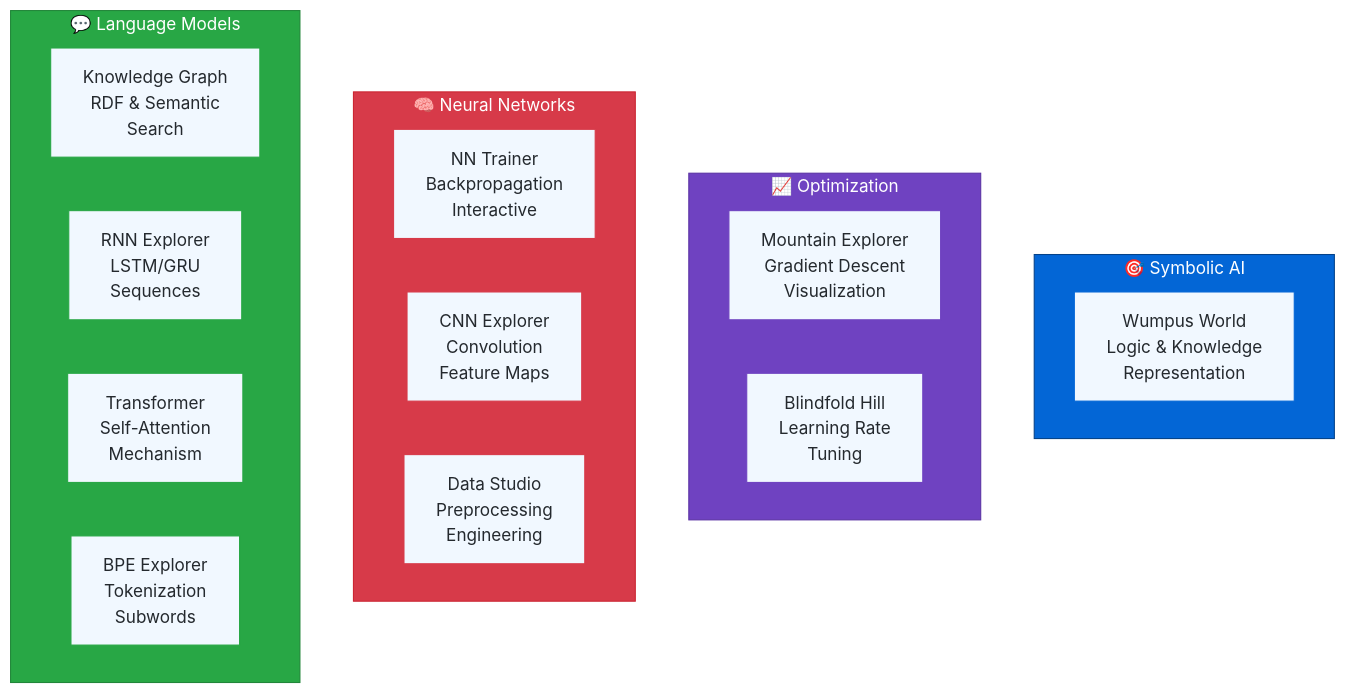
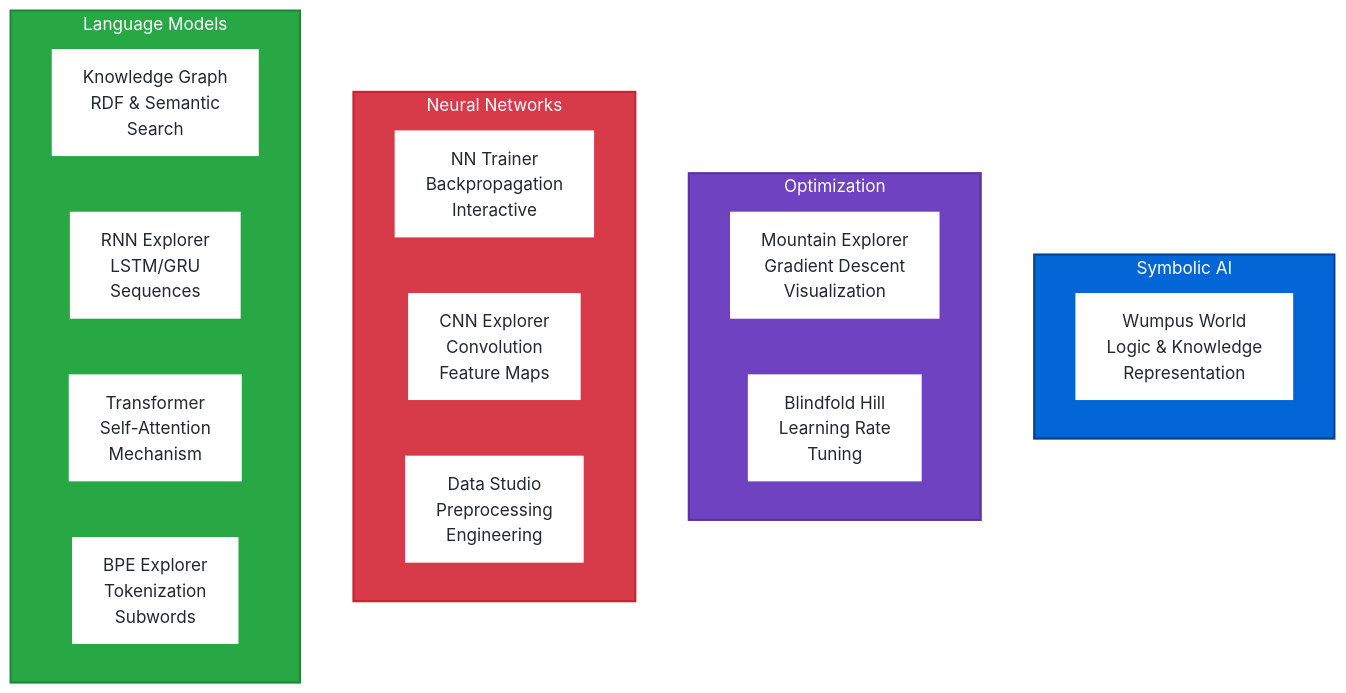
Diagram 12 of 22 in README.md (nexageapps/AI), drawn with Mermaid before and after one commit. The commit also changed other lines of this file and 1 other file, not shown here.

````diff
--- a/README.md
+++ b/README.md
@@ -421,41 +431,43 @@
 ```mermaid
-%%{init: {'theme':'base', 'themeVariables': {'primaryColor':'#0366d6','primaryTextColor':'#fff','primaryBorderColor':'#0366d6'}}}%%
+%%{init: {'theme':'base', 'themeVariables': {'primaryColor':'#0366d6','primaryTextColor':'#fff','primaryBorderColor':'#0366d6','lineColor':'#586069','edgeLabelBackground':'#fafbfc','clusterBkg':'#f6f8fa','clusterBorder':'#d1d5da','defaultLinkColor':'#586069','titleColor':'#24292e','tertiaryColor':'#fafbfc'}}}%%
 graph TB
-    subgraph Symbolic["🎯 Symbolic AI"]
-        S1["Wumpus World<br/>Logic & Knowledge<br/>Representation"]
+    subgraph Symbolic[Symbolic AI]
+        S1[Wumpus World<br/>Logic & Knowledge<br/>Representation]
     end
     
-    subgraph Optimization["📈 Optimization"]
-        O1["Mountain Explorer<br/>Gradient Descent<br/>Visualization"]
-        O2["Blindfold Hill<br/>Learning Rate<br/>Tuning"]
+    subgraph Optimization[Optimization]
+        O1[Mountain Explorer<br/>Gradient Descent<br/>Visualization]
+        O2[Blindfold Hill<br/>Learning Rate<br/>Tuning]
     end
     
-    subgraph Neural["🧠 Neural Networks"]
-        N1["NN Trainer<br/>Backpropagation<br/>Interactive"]
-        N2["CNN Explorer<br/>Convolution<br/>Feature Maps"]
-        N3["Data Studio<br/>Preprocessing<br/>Engineering"]
+    subgraph Neural[Neural Networks]
+        N1[NN Trainer<br/>Backpropagation<br/>Interactive]
+        N2[CNN Explorer<br/>Convolution<br/>Feature Maps]
+        N3[Data Studio<br/>Preprocessing<br/>Engineering]
     end
     
-    subgraph Language["💬 Language Models"]
-        L1["Knowledge Graph<br/>RDF & Semantic<br/>Search"]
-        L2["RNN Explorer<br/>LSTM/GRU<br/>Sequences"]
-        L3["Transformer<br/>Self-Attention<br/>Mechanism"]
-        L4["BPE Explorer<br/>Tokenization<br/>Subwords"]
+    subgraph Language[Language Models]
+        L1[Knowledge Graph<br/>RDF & Semantic<br/>Search]
+        L2[RNN Explorer<br/>LSTM/GRU<br/>Sequences]
+        L3[Transformer<br/>Self-Attention<br/>Mechanism]
+        L4[BPE Explorer<br/>Tokenization<br/>Subwords]
     end
     
-    style Symbolic fill:#0366d6,stroke:#044289,color:#fff
-    style Optimization fill:#6f42c1,stroke:#5a32a3,color:#fff
-    style Neural fill:#d73a49,stroke:#cb2431,color:#fff
-    style Language fill:#28a745,stroke:#22863a,color:#fff
+    linkStyle default stroke:#586069,stroke-width:2px
     
-    style S1 fill:#f1f8ff,stroke:#0366d6,color:#24292e
-    style O1 fill:#f1f8ff,stroke:#6f42c1,color:#24292e
-    style O2 fill:#f1f8ff,stroke:#6f42c1,color:#24292e
-    style N1 fill:#f1f8ff,stroke:#d73a49,color:#24292e
-    style N2 fill:#f1f8ff,stroke:#d73a49,color:#24292e
-    style N3 fill:#f1f8ff,stroke:#d73a49,color:#24292e
-    style L1 fill:#f1f8ff,stroke:#28a745,color:#24292e
-    style L2 fill:#f1f8ff,stroke:#28a745,color:#24292e
-    style L3 fill:#f1f8ff,stroke:#28a745,color:#24292e
-    style L4 fill:#f1f8ff,stroke:#28a745,color:#24292e
+    style Symbolic fill:#0366d6,stroke:#044289,stroke-width:2px,color:#fff
+    style Optimization fill:#6f42c1,stroke:#5a32a3,stroke-width:2px,color:#fff
+    style Neural fill:#d73a49,stroke:#cb2431,stroke-width:2px,color:#fff
+    style Language fill:#28a745,stroke:#22863a,stroke-width:2px,color:#fff
+    
+    style S1 fill:#ffffff,stroke:#0366d6,stroke-width:2px,color:#24292e
+    style O1 fill:#ffffff,stroke:#6f42c1,stroke-width:2px,color:#24292e
+    style O2 fill:#ffffff,stroke:#6f42c1,stroke-width:2px,color:#24292e
+    style N1 fill:#ffffff,stroke:#d73a49,stroke-width:2px,color:#24292e
+    style N2 fill:#ffffff,stroke:#d73a49,stroke-width:2px,color:#24292e
+    style N3 fill:#ffffff,stroke:#d73a49,stroke-width:2px,color:#24292e
+    style L1 fill:#ffffff,stroke:#28a745,stroke-width:2px,color:#24292e
+    style L2 fill:#ffffff,stroke:#28a745,stroke-width:2px,color:#24292e
+    style L3 fill:#ffffff,stroke:#28a745,stroke-width:2px,color:#24292e
+    style L4 fill:#ffffff,stroke:#28a745,stroke-width:2px,color:#24292e
 ```
````
